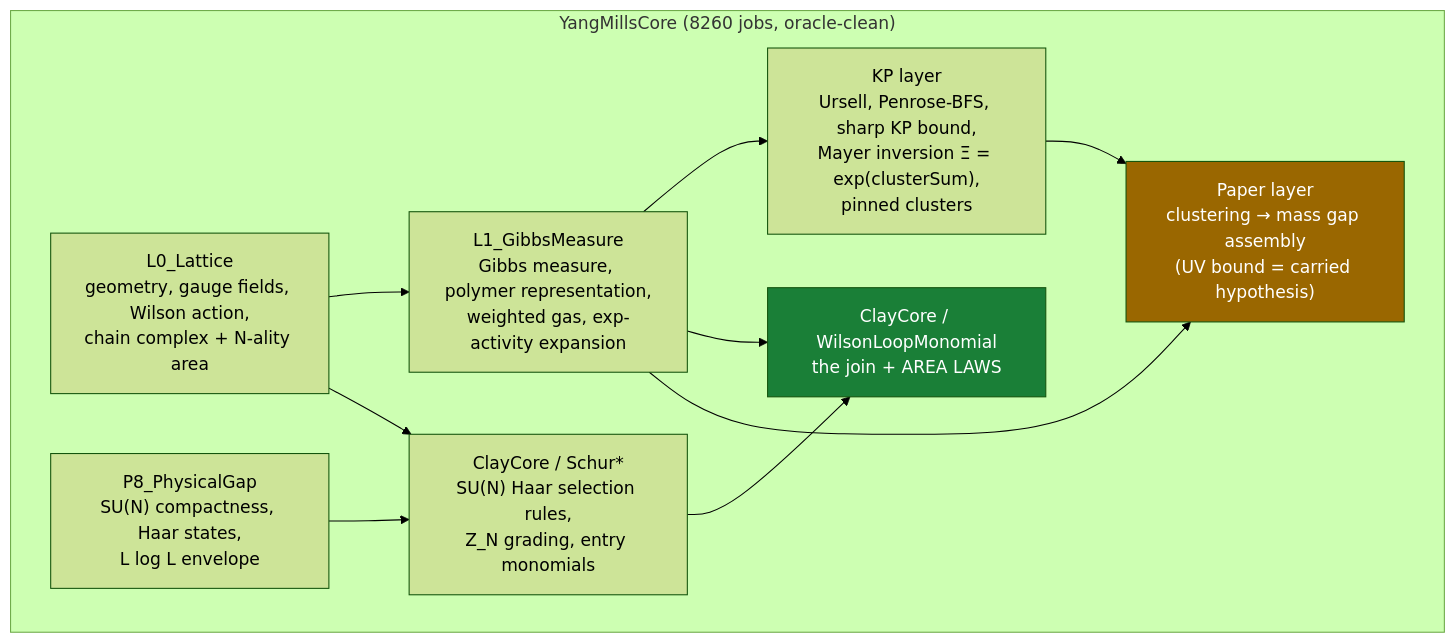
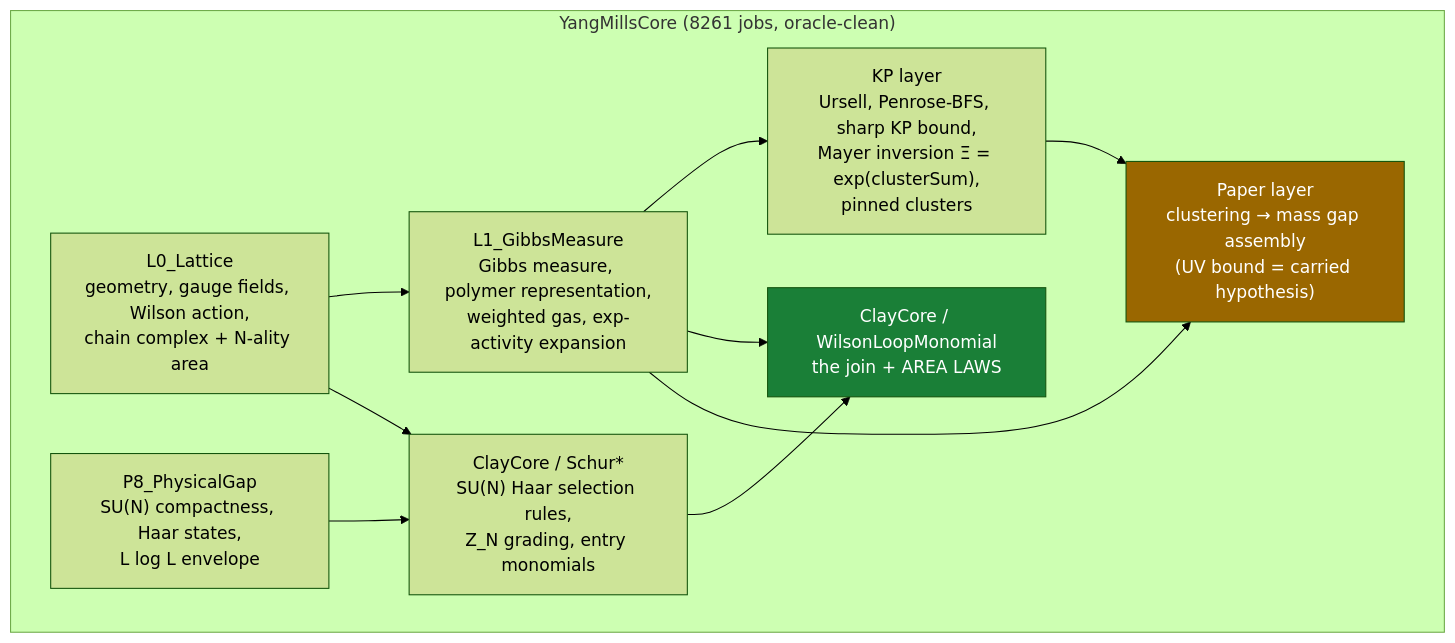
Before and after one commit to lluiseriksson/THE-ERIKSSON-PROGRAMME: the diagram in README.md, drawn with Mermaid (forest theme). The commit also changed other lines of this file and 5 other files, not shown here.

````diff
--- a/README.md
+++ b/README.md
@@ -204,20 +204,20 @@
 ```mermaid
 graph TD
-    subgraph core["YangMillsCore  (8260 jobs, oracle-clean)"]
+    subgraph core["YangMillsCore  (8261 jobs, oracle-clean)"]
         L0["L0_Lattice<br/>geometry, gauge fields, Wilson action,<br/>chain complex + N-ality area"]
         L1["L1_GibbsMeasure<br/>Gibbs measure, polymer representation,<br/>weighted gas, exp-activity expansion"]
         KP["KP layer<br/>Ursell, Penrose-BFS, sharp KP bound,<br/>Mayer inversion Ξ = exp(clusterSum),<br/>pinned clusters"]
         SCHUR["ClayCore / Schur*<br/>SU(N) Haar selection rules,<br/>Z_N grading, entry monomials"]
         WLM["ClayCore / WilsonLoopMonomial<br/>the join + AREA LAWS"]
         PAPER["Paper layer<br/>clustering → mass gap assembly<br/>(UV bound = carried hypothesis)"]
         P8["P8_PhysicalGap<br/>SU(N) compactness, Haar states,<br/>L log L envelope"]
     end
     L0 --> L1 --> KP
     L0 --> SCHUR --> WLM
     L1 --> WLM
     L1 --> PAPER
     KP --> PAPER
     P8 --> SCHUR
     style WLM fill:#1a7f37,color:#fff
     style PAPER fill:#9a6700,color:#fff
 ```
````
